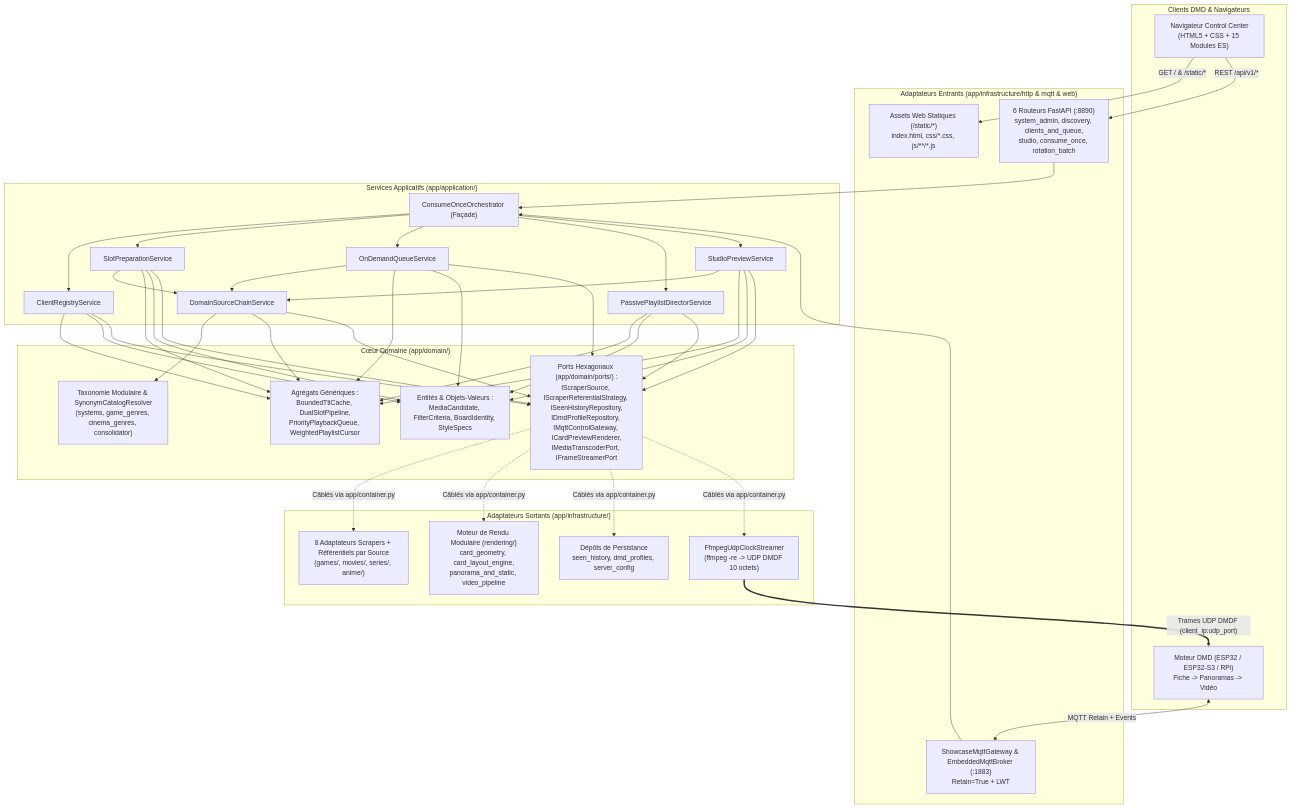
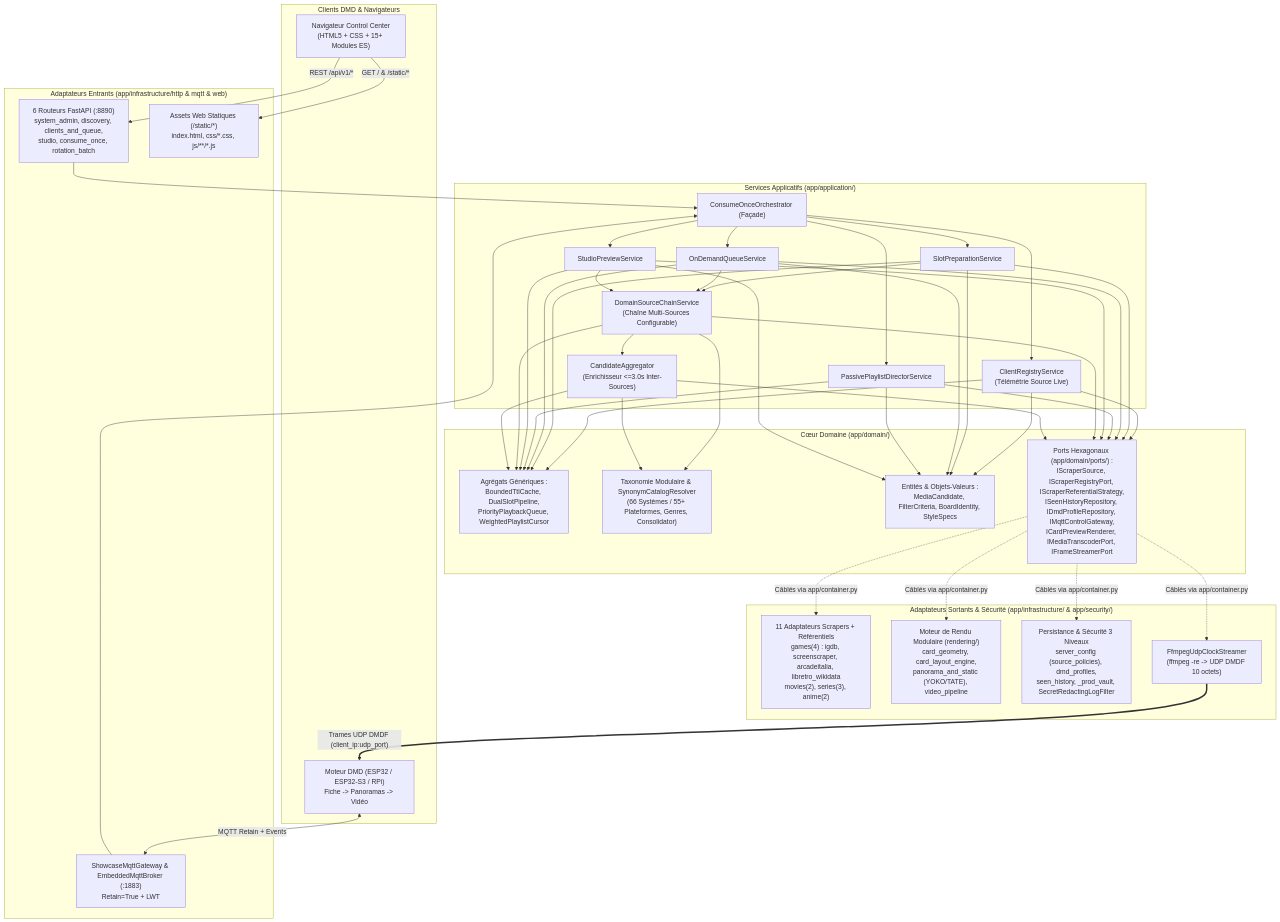
The first of 2 diagrams in docs/ARCHITECTURE_FR.md (red77290/dmd_media_showcase), drawn with Mermaid before and after one commit. The commit also changed other lines of this file and 88 other files, not shown here.

````diff
--- a/docs/ARCHITECTURE_FR.md
+++ b/docs/ARCHITECTURE_FR.md
@@ -18,49 +18,51 @@
 ```mermaid
 flowchart TD
     subgraph DMD["Clients DMD & Navigateurs"]
-        BROWSER["Navigateur Control Center\n(HTML5 + CSS + 15 Modules ES)"]
+        BROWSER["Navigateur Control Center\n(HTML5 + CSS + 15+ Modules ES)"]
         ENG["Moteur DMD (ESP32 / ESP32-S3 / RPi)\nFiche -> Panoramas -> Vidéo"]
     end
 
     subgraph INFRA_IN["Adaptateurs Entrants (app/infrastructure/http & mqtt & web)"]
         ROUTERS["6 Routeurs FastAPI (:8890)\nsystem_admin, discovery, clients_and_queue,\nstudio, consume_once, rotation_batch"]
         STATIC["Assets Web Statiques (/static/*)\nindex.html, css/*.css, js/**/*.js"]
         MQTT["ShowcaseMqttGateway & EmbeddedMqttBroker (:1883)\nRetain=True + LWT"]
     end
 
     subgraph APP["Services Applicatifs (app/application/)"]
         ORCH["ConsumeOnceOrchestrator (Façade)"]
-        REG_SVC["ClientRegistryService"]
+        REG_SVC["ClientRegistryService\n(Télémétrie Source Live)"]
         PREP_SVC["SlotPreparationService"]
         QUEUE_SVC["OnDemandQueueService"]
         DIR_SVC["PassivePlaylistDirectorService"]
         STUDIO_SVC["StudioPreviewService"]
-        CHAIN["DomainSourceChainService"]
+        CHAIN["DomainSourceChainService\n(Chaîne Multi-Sources Configurable)"]
+        AGG_SVC["CandidateAggregator\n(Enrichisseur <=3.0s Inter-Sources)"]
     end
 
     subgraph DOMAIN["Cœur Domaine (app/domain/)"]
         AGG["Agrégats Génériques :\nBoundedTtlCache, DualSlotPipeline,\nPriorityPlaybackQueue, WeightedPlaylistCursor"]
-        TAX["Taxonomie Modulaire & SynonymCatalogResolver\n(systems, game_genres, cinema_genres, consolidator)"]
+        TAX["Taxonomie Modulaire & SynonymCatalogResolver\n(66 Systèmes / 55+ Plateformes, Genres, Consolidator)"]
         VO["Entités & Objets-Valeurs :\nMediaCandidate, FilterCriteria, BoardIdentity, StyleSpecs"]
-        PORTS["Ports Hexagonaux (app/domain/ports/) :\nIScraperSource, IScraperReferentialStrategy, ISeenHistoryRepository,\nIDmdProfileRepository, IMqttControlGateway, ICardPreviewRenderer,\nIMediaTranscoderPort, IFrameStreamerPort"]
+        PORTS["Ports Hexagonaux (app/domain/ports/) :\nIScraperSource, IScraperRegistryPort, IScraperReferentialStrategy,\nISeenHistoryRepository, IDmdProfileRepository, IMqttControlGateway,\nICardPreviewRenderer, IMediaTranscoderPort, IFrameStreamerPort"]
     end
 
-    subgraph INFRA_OUT["Adaptateurs Sortants (app/infrastructure/)"]
-        SCRAPERS["8 Adaptateurs Scrapers + Référentiels par Source\n(games/, movies/, series/, anime/)"]
-        RENDER["Moteur de Rendu Modulaire (rendering/)\ncard_geometry, card_layout_engine,\npanorama_and_static, video_pipeline"]
-        PERSIST["Dépôts de Persistance\nseen_history, dmd_profiles, server_config"]
+    subgraph INFRA_OUT["Adaptateurs Sortants & Sécurité (app/infrastructure/ & app/security/)"]
+        SCRAPERS["11 Adaptateurs Scrapers + Référentiels\ngames(4) : igdb, screenscraper, arcadeitalia, libretro_wikidata\nmovies(2), series(3), anime(2)"]
+        RENDER["Moteur de Rendu Modulaire (rendering/)\ncard_geometry, card_layout_engine,\npanorama_and_static (YOKO/TATE), video_pipeline"]
+        PERSIST["Persistance & Sécurité 3 Niveaux\nserver_config (source_policies), dmd_profiles,\nseen_history, _prod_vault, SecretRedactingLogFilter"]
         UDP["FfmpegUdpClockStreamer\n(ffmpeg -re -> UDP DMDF 10 octets)"]
     end
 
     BROWSER -->|"GET / & /static/*"| STATIC
     BROWSER -->|"REST /api/v1/*"| ROUTERS
     ENG <-->|"MQTT Retain + Events"| MQTT
     ROUTERS --> ORCH
     MQTT --> ORCH
     ORCH --> REG_SVC & PREP_SVC & QUEUE_SVC & DIR_SVC & STUDIO_SVC
     PREP_SVC & QUEUE_SVC & STUDIO_SVC --> CHAIN
+    CHAIN --> AGG_SVC
     REG_SVC & PREP_SVC & QUEUE_SVC & DIR_SVC & STUDIO_SVC --> AGG & VO & PORTS
-    CHAIN --> TAX & AGG & PORTS
+    CHAIN & AGG_SVC --> TAX & AGG & PORTS
     PORTS -.->|"Câblés via app/container.py"| SCRAPERS & RENDER & PERSIST & UDP
     UDP ==>|"Trames UDP DMDF (client_ip:udp_port)"| ENG
 ```
````
